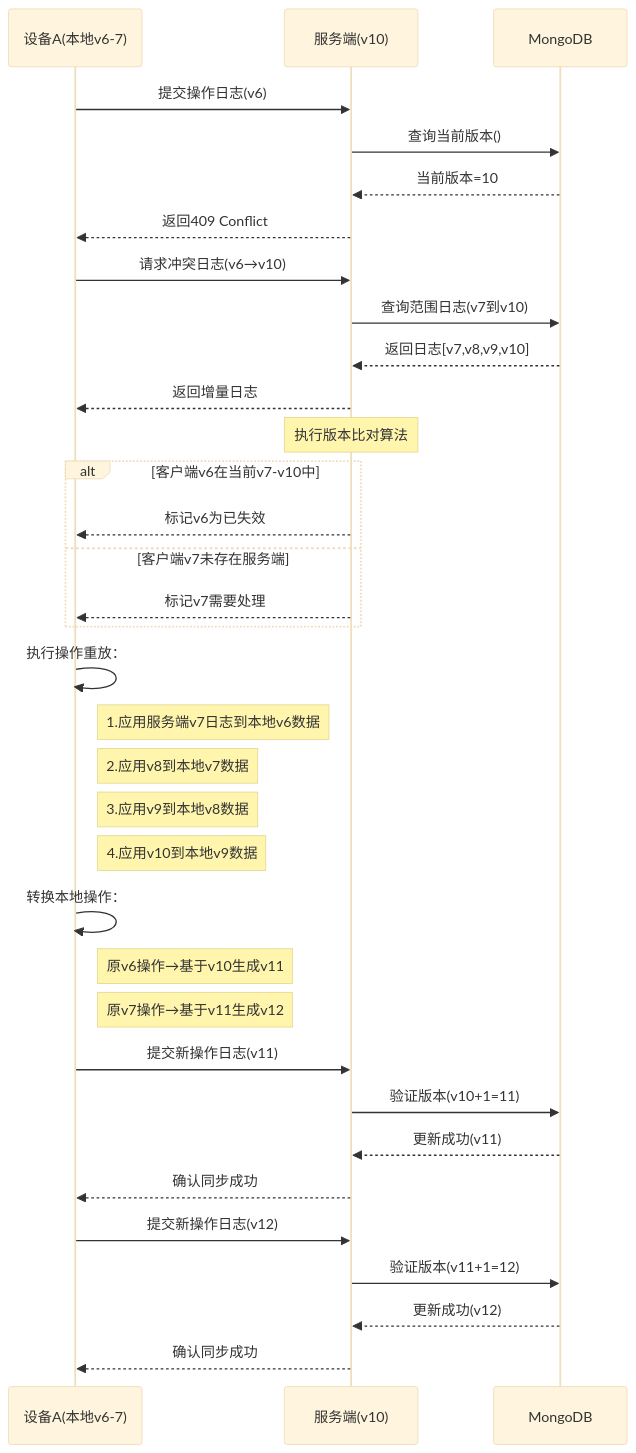
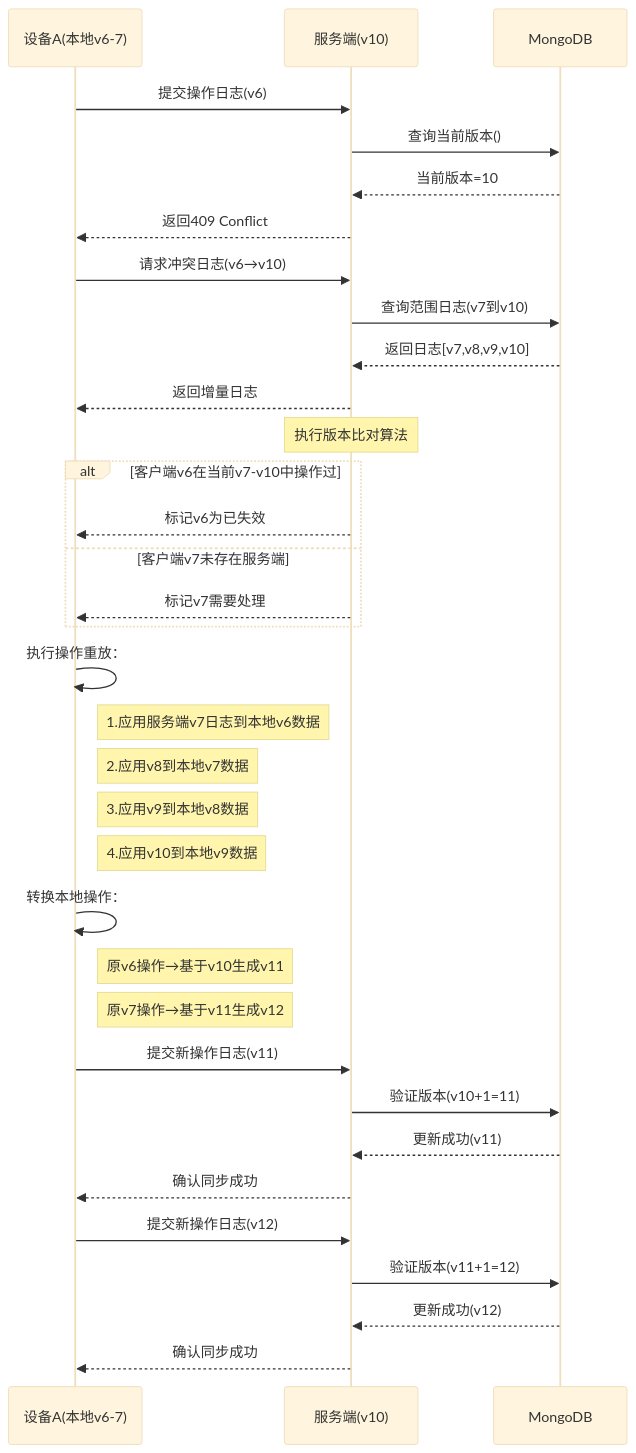
Before and after one commit to yingjianzh/iodraw-files: the diagram in all/未命名-26.md, drawn with Mermaid (base theme).

Commit message:
2025-02-26 16:47:19 update

````diff
--- a/all/未命名-26.md
+++ b/all/未命名-26.md
@@ -1,49 +1,49 @@
 ```mermaid
 sequenceDiagram
     participant A as 设备A(本地v6-7)
     participant S as 服务端(v10)
     participant DB as MongoDB
 
     %% 初始同步尝试
     A->>S: 提交操作日志(v6)
     S->>DB: 查询当前版本()
     DB-->>S: 当前版本=10
     S-->>A: 返回409 Conflict
 
     %% 冲突解决阶段
     A->>S: 请求冲突日志(v6→v10)
     S->>DB: 查询范围日志(v7到v10)
     DB-->>S: 返回日志[v7,v8,v9,v10]
     S-->>A: 返回增量日志
 
 
     Note over S: 执行版本比对算法
-    alt 客户端v6在当前v7-v10中
+    alt 客户端v6在当前v7-v10中操作过
         S-->>A: 标记v6为已失效
     else 客户端v7未存在服务端
         S-->>A: 标记v7需要处理
     end
 
     %% 本地数据重建
     A->>A: 执行操作重放：
     note right of A: 1.应用服务端v7日志到本地v6数据
     note right of A: 2.应用v8到本地v7数据
     note right of A: 3.应用v9到本地v8数据
     note right of A: 4.应用v10到本地v9数据
 
     %% 本地操作转换
     A->>A: 转换本地操作：
     note right of A: 原v6操作→基于v10生成v11
     note right of A: 原v7操作→基于v11生成v12
 
     %% 重新提交
     A->>S: 提交新操作日志(v11)
     S->>DB: 验证版本(v10+1=11)
     DB-->>S: 更新成功(v11)
     S-->>A: 确认同步成功
 
     A->>S: 提交新操作日志(v12)
     S->>DB: 验证版本(v11+1=12)
     DB-->>S: 更新成功(v12)
     S-->>A: 确认同步成功
 ```
````
